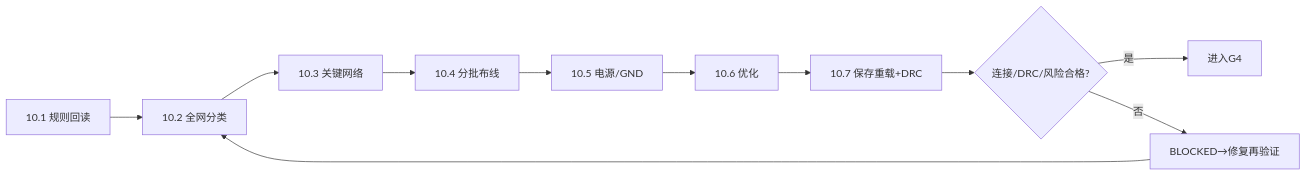
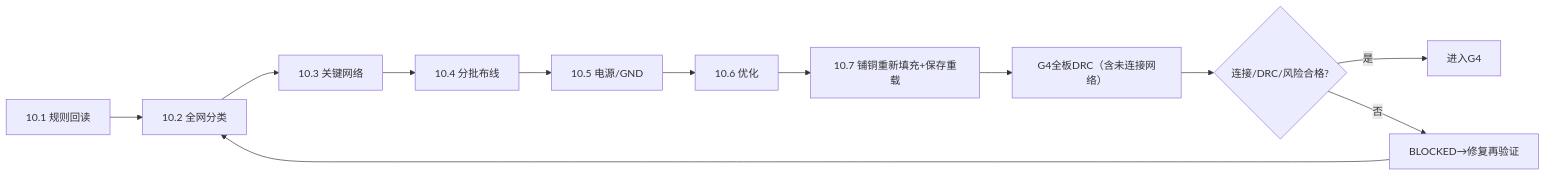
One commit to jackwang988/kicad-pcb-ai-workflow changed the second of 2 diagrams in docs/r10/02-16-node-workflow.md. Above: the diagram before and after it, drawn with Mermaid. The commit also changed other lines of this file, not shown here.

Commit message:
test/docs(R10): G3 unrouted placement does not require DRC; G4 after copper fill

````diff
--- a/docs/r10/02-16-node-workflow.md
+++ b/docs/r10/02-16-node-workflow.md
@@ -65,8 +65,8 @@
 ```mermaid
 flowchart LR
- A["10.1 规则回读"] --> B["10.2 全网分类"] --> C["10.3 关键网络"] --> D["10.4 分批布线"] --> E["10.5 电源/GND"] --> F["10.6 优化"] --> G["10.7 保存重载+DRC"]
- G --> H{"连接/DRC/风险合格?"}
+ A["10.1 规则回读"] --> B["10.2 全网分类"] --> C["10.3 关键网络"] --> D["10.4 分批布线"] --> E["10.5 电源/GND"] --> F["10.6 优化"] --> G["10.7 铺铜重新填充+保存重载"] --> H0["G4全板DRC（含未连接网络）"]
+ H0 --> H{"连接/DRC/风险合格?"}
  H -->|"是"| I["进入G4"]
  H -->|"否"| J["BLOCKED→修复再验证"]
  J --> B
 ```
````
